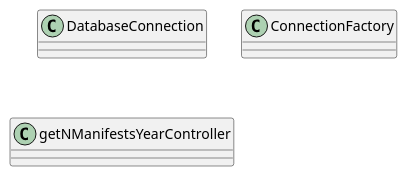
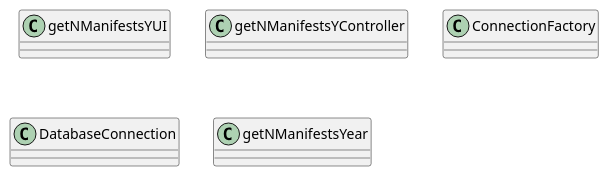
Before and after one commit to mpoboas/lapr3-2021-g102: the diagram in docs/Sprint2/US207/cd.puml, drawn with PlantUML. The commit also changed 1 other file, not shown here.

```diff
--- a/docs/Sprint2/US207/cd.puml
+++ b/docs/Sprint2/US207/cd.puml
@@ -1,6 +1,12 @@
 @startuml
-class DatabaseConnection
-class ConnectionFactory
-class getNManifestsYearController
-
+class getNManifestsYUI{
+}
+class getNManifestsYController{
+}
+class ConnectionFactory{
+}
+class DatabaseConnection{
+}
+class getNManifestsYear{
+}
 @enduml
```
